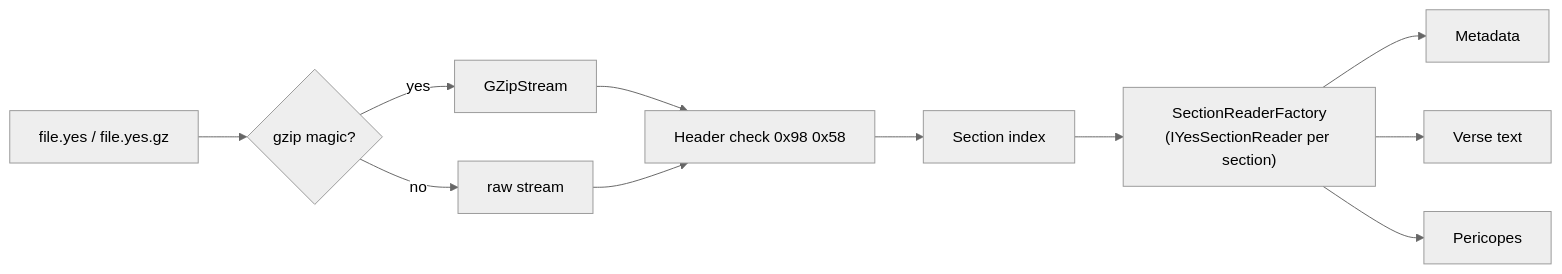
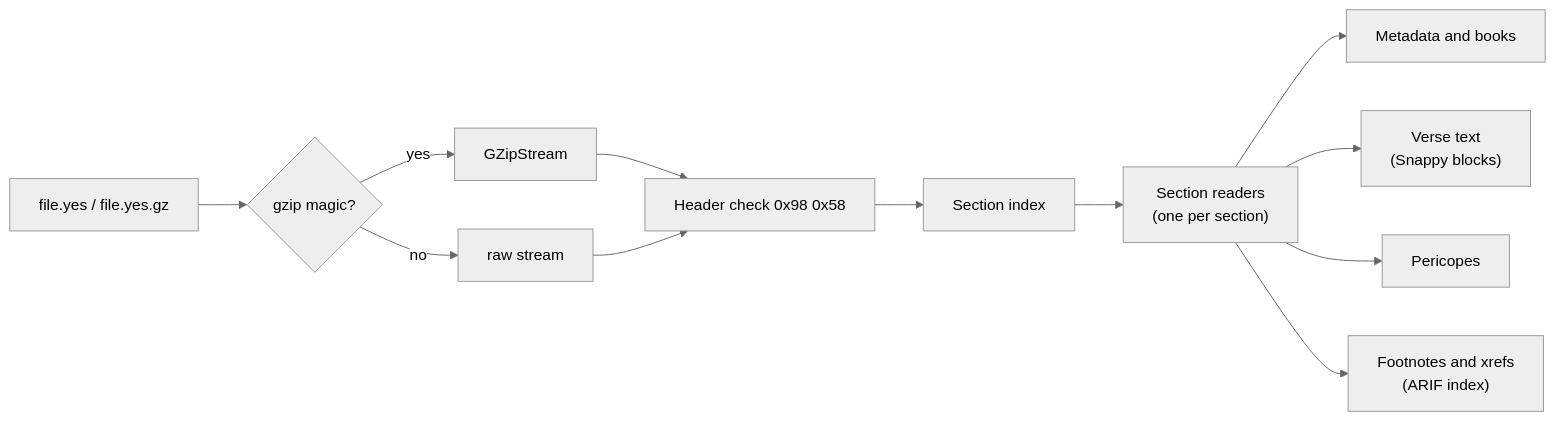
Before and after one commit to pradikta/openbible: the ninth of 11 diagrams in README.md, drawn with Mermaid (neutral theme). The commit also changed other lines of this file, not shown here.

Commit message:
docs(docs): expand README with status, backup, CI diagram and translation license notice

````diff
--- a/README.md
+++ b/README.md
@@ -214,13 +355,14 @@
 ```mermaid
 flowchart LR
     F["file.yes / file.yes.gz"] --> G{"gzip magic?"}
     G -- yes --> Z["GZipStream"]
     G -- no --> S["raw stream"]
     Z --> H["Header check 0x98 0x58"]
     S --> H
     H --> X["Section index"]
-    X --> RF["SectionReaderFactory<br/>(IYesSectionReader per section)"]
-    RF --> M["Metadata"]
-    RF --> V["Verse text"]
+    X --> RF["Section readers<br/>(one per section)"]
+    RF --> M["Metadata and books"]
+    RF --> V["Verse text<br/>(Snappy blocks)"]
     RF --> P["Pericopes"]
+    RF --> N["Footnotes and xrefs<br/>(ARIF index)"]
 ```
````
